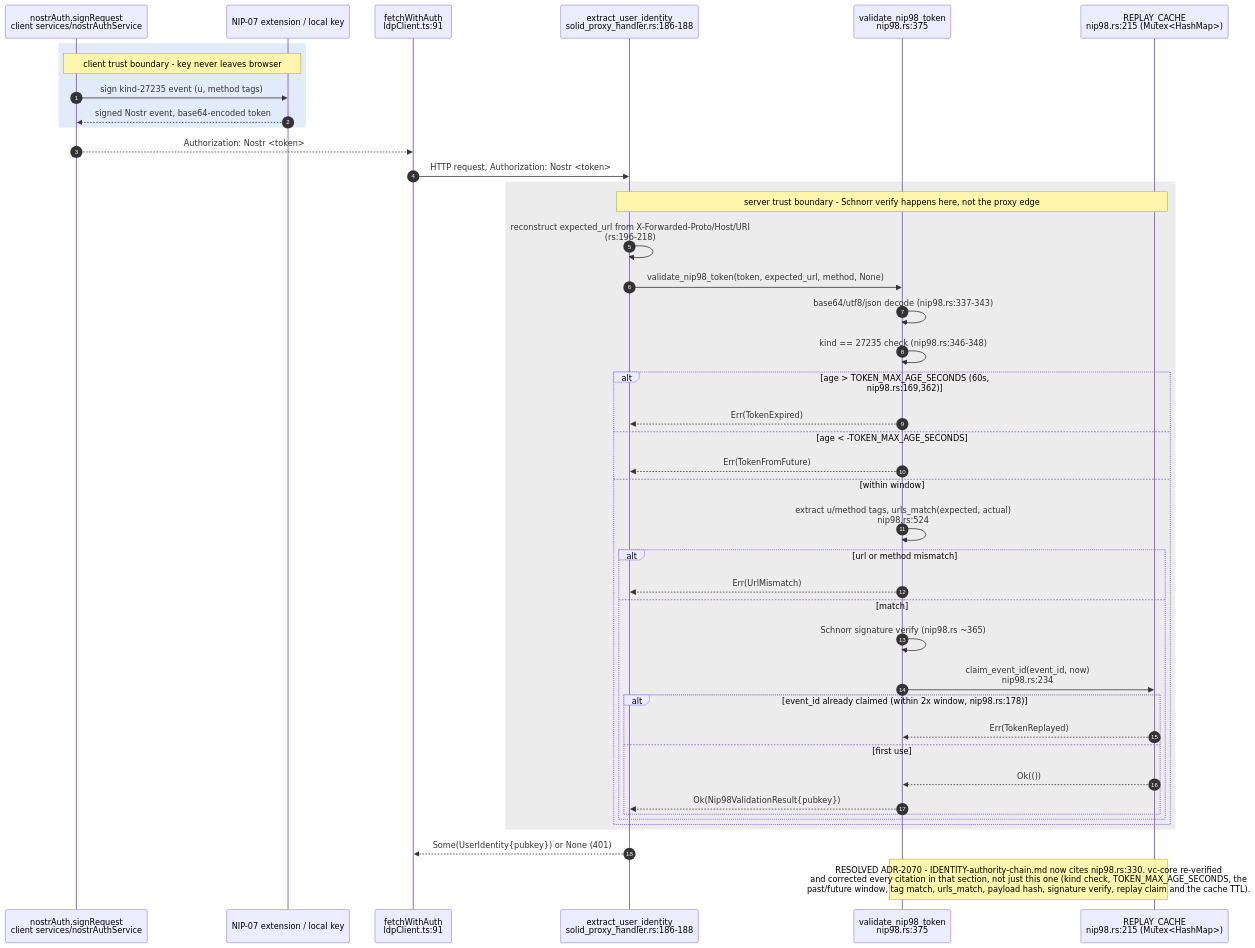
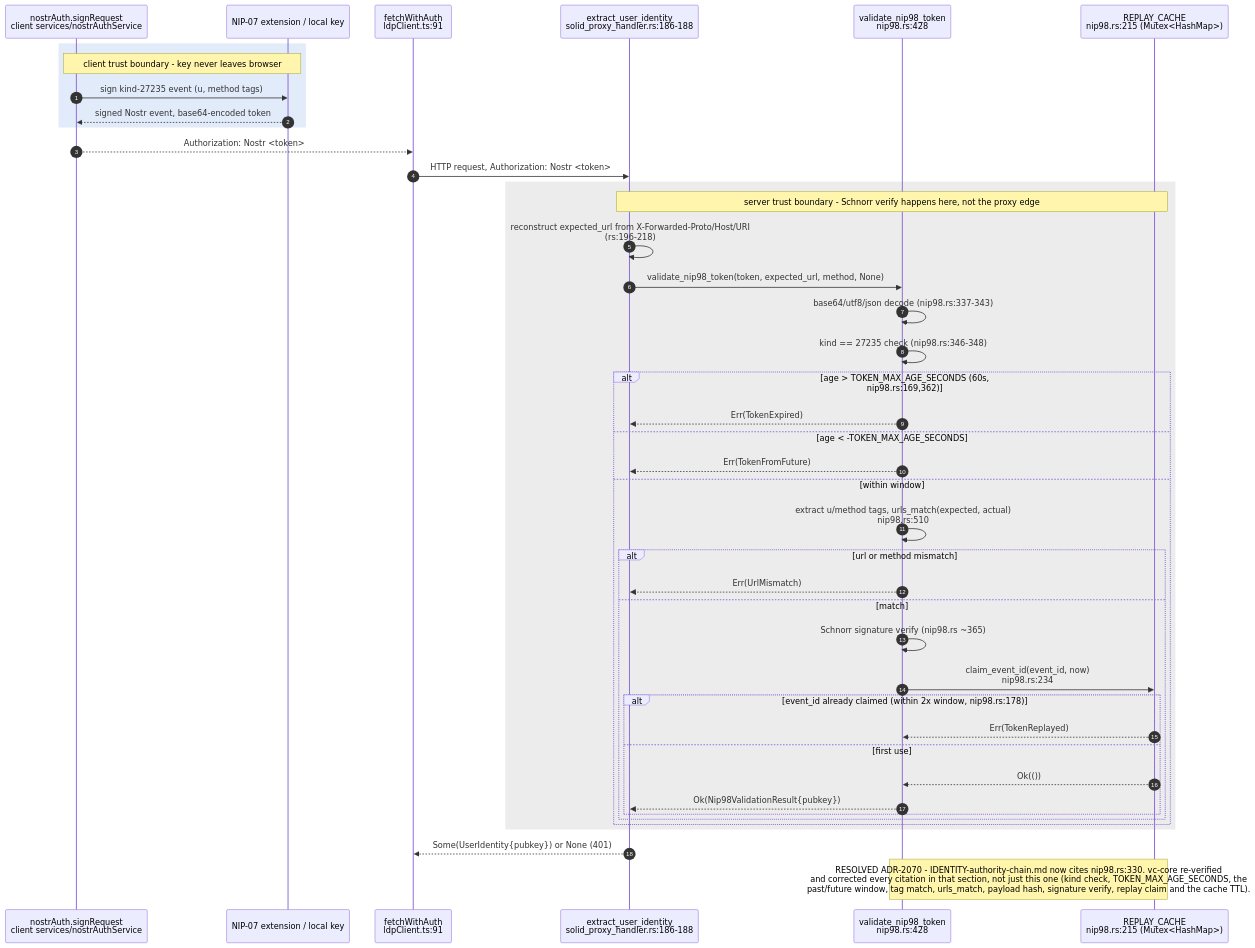
One commit to DreamLab-AI/VisionFlow changed the fourth of 14 diagrams in docs/diagrams/visionclaw/26-solid-pod-and-jss.md. Above: the diagram before and after it, drawn with Mermaid. The commit also changed other lines of this file and 51 other files, not shown here.

First line of the commit message:
docs(diagrams): agentbox AB-01..13 re-attested anchor by anchor (980 anchors, 22 defects); checkpoint against an out-of-mesh writer

````diff
--- a/docs/diagrams/visionclaw/26-solid-pod-and-jss.md
+++ b/docs/diagrams/visionclaw/26-solid-pod-and-jss.md
@@ -159,47 +159,47 @@
 ```mermaid
 sequenceDiagram
     autonumber
     participant NA as nostrAuth.signRequest<br/>client services/nostrAuthService
     participant EXT as NIP-07 extension / local key
     rect rgb(225,235,250)
     Note over NA,EXT: client trust boundary - key never leaves browser
     NA->>EXT: sign kind-27235 event (u, method tags)
     EXT-->>NA: signed Nostr event, base64-encoded token
     end
     NA-->>ldp: Authorization: Nostr <token>
 
     participant ldp as fetchWithAuth<br/>ldpClient.ts:91
     participant AUTH as extract_user_identity<br/>solid_proxy_handler.rs:186-188
-    participant VAL as validate_nip98_token<br/>nip98.rs:375
+    participant VAL as validate_nip98_token<br/>nip98.rs:428
     participant CACHE as REPLAY_CACHE<br/>nip98.rs:215 (Mutex<HashMap>)
 
     ldp->>AUTH: HTTP request, Authorization: Nostr <token>
     rect rgb(236,236,236)
     Note over AUTH,CACHE: server trust boundary - Schnorr verify happens here, not the proxy edge
     AUTH->>AUTH: reconstruct expected_url from X-Forwarded-Proto/Host/URI<br/>(rs:196-218)
     AUTH->>VAL: validate_nip98_token(token, expected_url, method, None)
     VAL->>VAL: base64/utf8/json decode (nip98.rs:337-343)
     VAL->>VAL: kind == 27235 check (nip98.rs:346-348)
     alt age > TOKEN_MAX_AGE_SECONDS (60s, nip98.rs:169,362)
         VAL-->>AUTH: Err(TokenExpired)
     else age < -TOKEN_MAX_AGE_SECONDS
         VAL-->>AUTH: Err(TokenFromFuture)
     else within window
-        VAL->>VAL: extract u/method tags, urls_match(expected, actual)<br/>nip98.rs:524
+        VAL->>VAL: extract u/method tags, urls_match(expected, actual)<br/>nip98.rs:510
         alt url or method mismatch
             VAL-->>AUTH: Err(UrlMismatch)
         else match
             VAL->>VAL: Schnorr signature verify (nip98.rs ~365)
             VAL->>CACHE: claim_event_id(event_id, now)<br/>nip98.rs:234
             alt event_id already claimed (within 2x window, nip98.rs:178)
                 CACHE-->>VAL: Err(TokenReplayed)
             else first use
                 CACHE-->>VAL: Ok(())
                 VAL-->>AUTH: Ok(Nip98ValidationResult{pubkey})
             end
         end
     end
     end
     AUTH-->>ldp: Some(UserIdentity{pubkey}) or None (401)
     Note over VAL,CACHE: RESOLVED ADR-2070 - IDENTITY-authority-chain.md now cites nip98.rs:330. vc-core re-verified<br/>and corrected every citation in that section, not just this one (kind check, TOKEN_MAX_AGE_SECONDS, the<br/>past/future window, tag match, urls_match, payload hash, signature verify, replay claim and the cache TTL).
 ```
````
